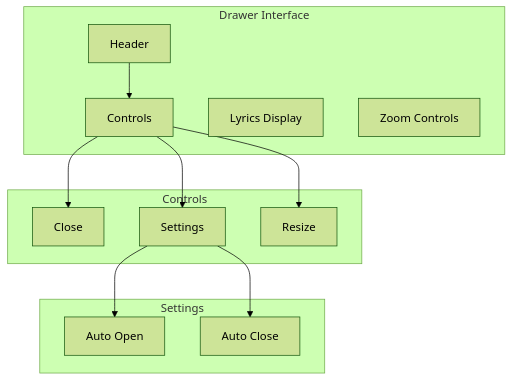
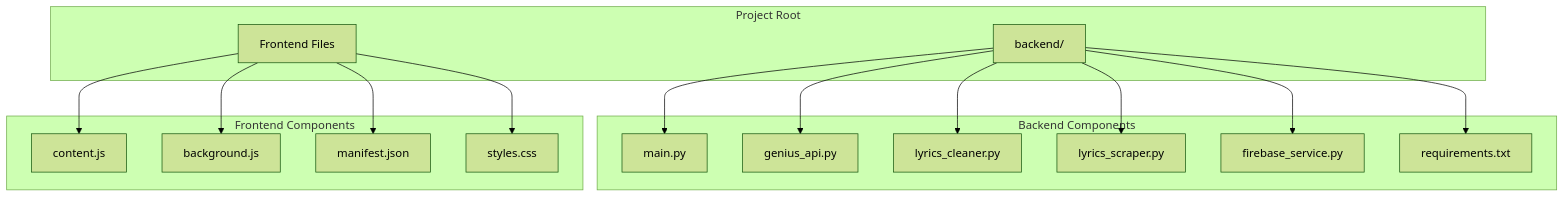
One commit to KrishnaKumarSoni/beatscript changed the sixth of 14 diagrams in README.md. Above: the diagram before and after it, drawn with Mermaid (forest theme). The commit also changed other lines of this file and 3 other files, not shown here.

````diff
--- a/README.md
+++ b/README.md
@@ -128,27 +177,23 @@
 ```mermaid
-graph TB
-    subgraph "Drawer Interface"
-        H[Header]
-        C[Controls]
-        L[Lyrics Display]
-        Z[Zoom Controls]
+graph TD
+    subgraph "Project Root"
+        BE[backend/]
+        FE[Frontend Files]
     end
     
-    subgraph "Controls"
-        CL[Close]
-        ST[Settings]
-        RS[Resize]
+    subgraph "Backend Components"
+        BE --> M[main.py]
+        BE --> G[genius_api.py]
+        BE --> L[lyrics_cleaner.py]
+        BE --> S[lyrics_scraper.py]
+        BE --> F[firebase_service.py]
+        BE --> R[requirements.txt]
     end
     
-    subgraph "Settings"
-        AO[Auto Open]
-        AC[Auto Close]
+    subgraph "Frontend Components"
+        FE --> C[content.js]
+        FE --> B[background.js]
+        FE --> MF[manifest.json]
+        FE --> ST[styles.css]
     end
-    
-    H --> C
-    C --> CL
-    C --> ST
-    C --> RS
-    ST --> AO
-    ST --> AC
 ```
````
